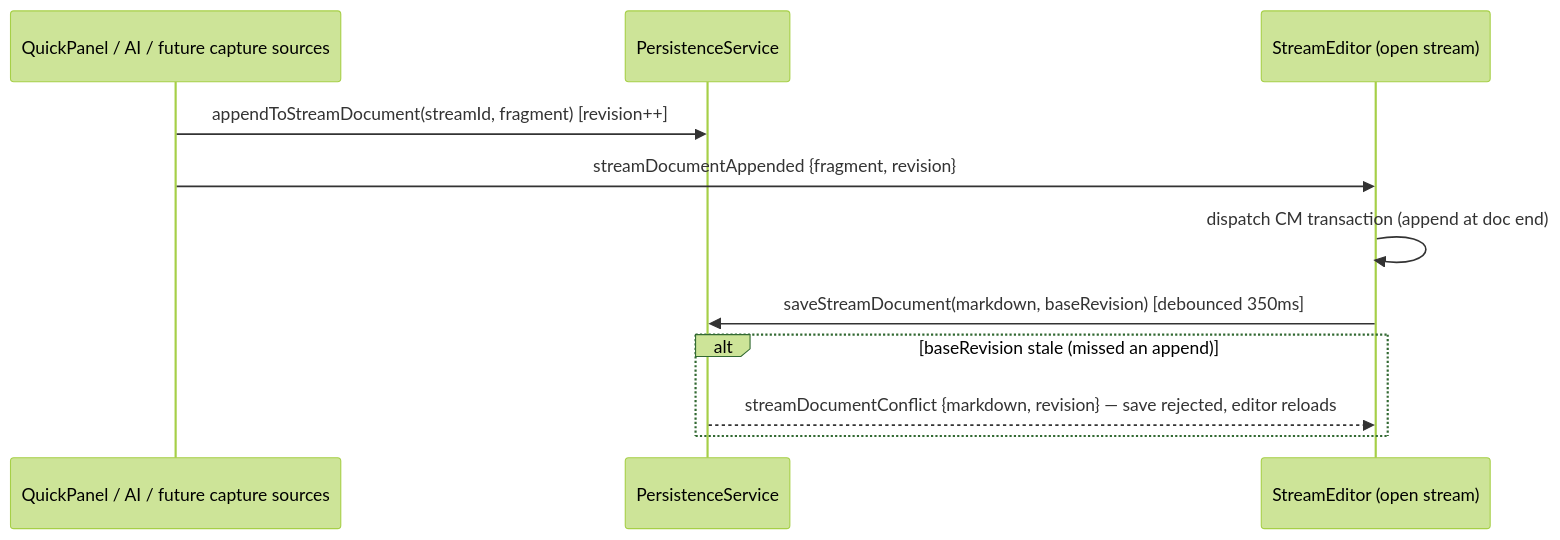
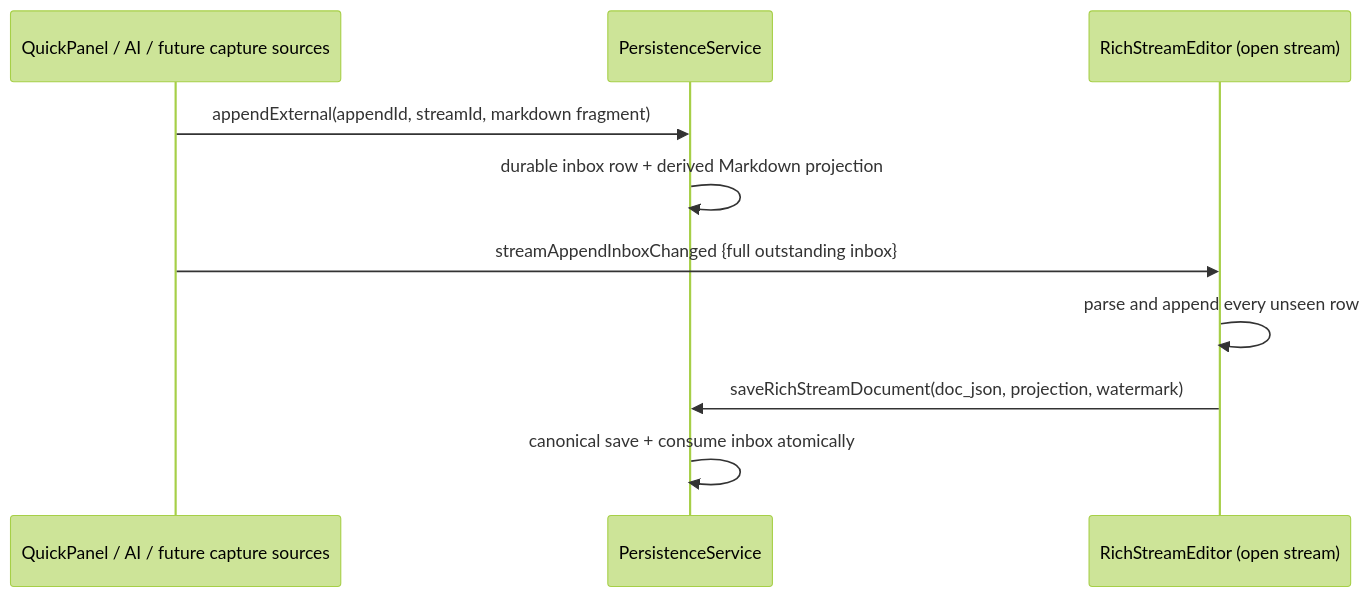
One commit to nikokozak/Ticker changed the second of 2 diagrams in CLAUDE.md. Above: the diagram before and after it, drawn with Mermaid (forest theme). The commit also changed other lines of this file and 17 other files, not shown here.

````diff
--- a/CLAUDE.md
+++ b/CLAUDE.md
@@ -41,13 +41,12 @@
 ```mermaid
 sequenceDiagram
   participant QP as QuickPanel / AI / future capture sources
   participant PS as PersistenceService
-  participant ED as StreamEditor (open stream)
-  QP->>PS: appendToStreamDocument(streamId, fragment)  [revision++]
-  QP->>ED: streamDocumentAppended {fragment, revision}
-  ED->>ED: dispatch CM transaction (append at doc end)
-  ED->>PS: saveStreamDocument(markdown, baseRevision)   [debounced 350ms]
-  alt baseRevision stale (missed an append)
-    PS-->>ED: streamDocumentConflict {markdown, revision} — save rejected, editor reloads
-  end
+  participant ED as RichStreamEditor (open stream)
+  QP->>PS: appendExternal(appendId, streamId, markdown fragment)
+  PS->>PS: durable inbox row + derived Markdown projection
+  QP->>ED: streamAppendInboxChanged {full outstanding inbox}
+  ED->>ED: parse and append every unseen row
+  ED->>PS: saveRichStreamDocument(doc_json, projection, watermark)
+  PS->>PS: canonical save + consume inbox atomically
 ```
````
